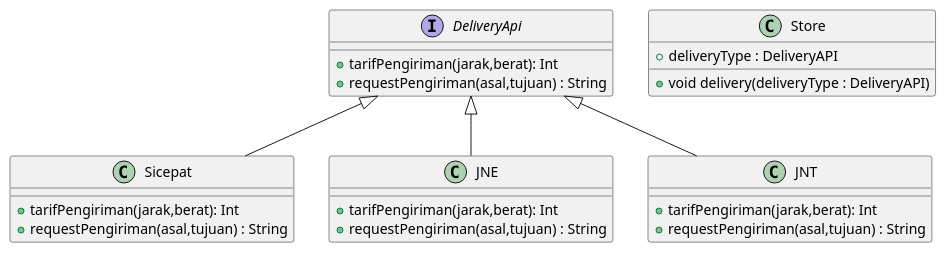
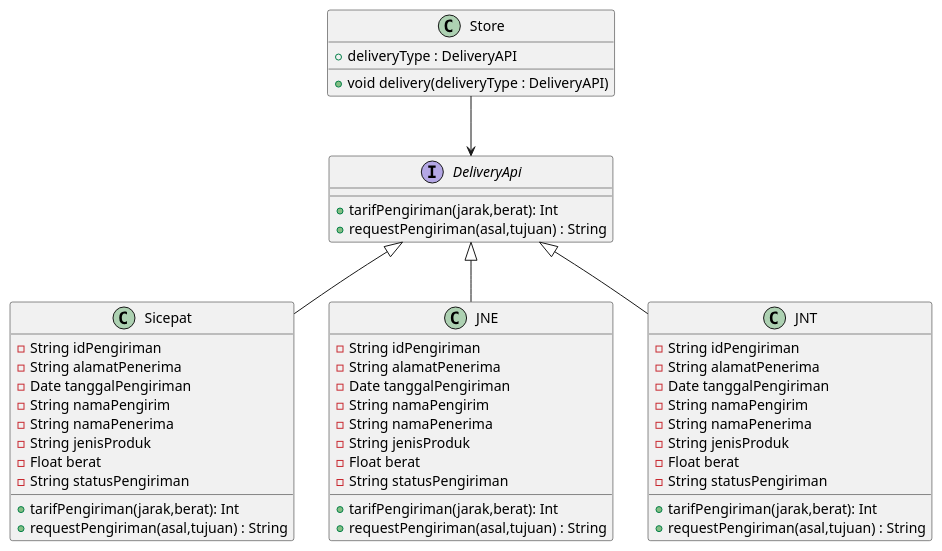
One commit to farhanzakiputra/pbpu-a-2022 changed the diagram in Kelompok 4/UML kelompok 4/UML Class Diagram Ecommerce.puml. Above: the diagram before and after it, drawn with PlantUML.

Commit message:
Update Class SiCepat, Class JNE, dan Class JNT

```diff
--- a/Kelompok 4/UML kelompok 4/UML Class Diagram Ecommerce.puml
+++ b/Kelompok 4/UML kelompok 4/UML Class Diagram Ecommerce.puml
@@ -1,34 +1,62 @@
 @startuml E-commerce
 ' diagram style
 
 ' diagram relation
 DeliveryApi <|-- Sicepat
 DeliveryApi <|-- JNE
 DeliveryApi <|-- JNT
+Store --> DeliveryApi
 
 class Store{
   + deliveryType : DeliveryAPI
   + void delivery(deliveryType : DeliveryAPI)
 }
 
 interface DeliveryApi{
     +tarifPengiriman(jarak,berat): Int
     +requestPengiriman(asal,tujuan) : String
 }
 
 Class Sicepat{
+    -String idPengiriman
+	  -String alamatPenerima
+	  -Date tanggalPengiriman
+	  -String namaPengirim 
+	  -String namaPenerima
+	  -String jenisProduk
+	  -Float berat
+	  -String statusPengiriman
+  
     +tarifPengiriman(jarak,berat): Int
     +requestPengiriman(asal,tujuan) : String
 }
 
 Class JNE{
+    -String idPengiriman
+	  -String alamatPenerima
+	  -Date tanggalPengiriman
+	  -String namaPengirim 
+	  -String namaPenerima
+	  -String jenisProduk
+  	-Float berat
+  	-String statusPengiriman
+  
     +tarifPengiriman(jarak,berat): Int
     +requestPengiriman(asal,tujuan) : String
 }
 
 Class JNT{
+    -String idPengiriman
+	  -String alamatPenerima
+	  -Date tanggalPengiriman
+	  -String namaPengirim 
+	  -String namaPenerima
+	  -String jenisProduk
+	  -Float berat
+	  -String statusPengiriman
+  
     +tarifPengiriman(jarak,berat): Int
     +requestPengiriman(asal,tujuan) : String
 }
 
 @enduml
```
